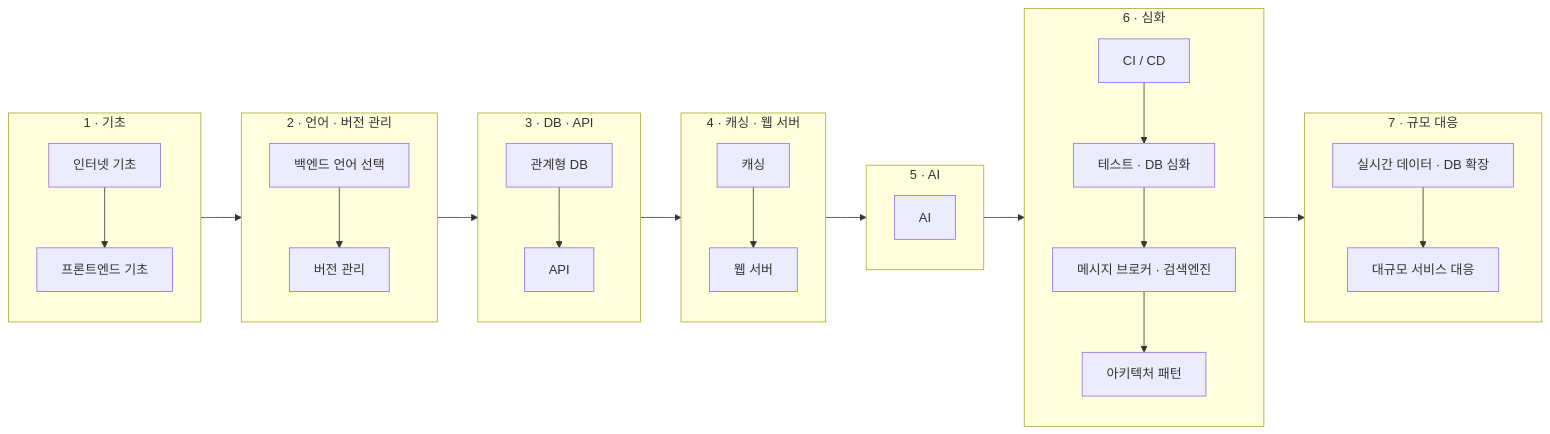
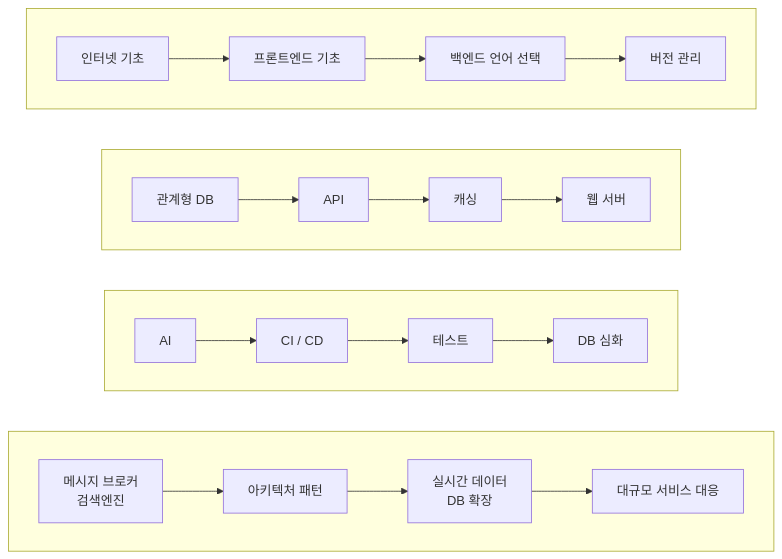
One commit to dmstjd1024/dmstjd1024.github.io changed the first of 9 diagrams in _pages/Develop/backend-roadmap-2026.md. Above: the diagram before and after it, drawn with Mermaid.

Commit message:
docs: 전체 흐름을 4줄로 접어 배치
한 줄 가로 배치는 16개 노드가 2543px 로 늘어나 792px 폭에 맞춰
축소되면서 글자가 작아졌다. 4개씩 4줄로 접어 원래 크기로 읽히게 했다.

subgraph 4개를 만들고 보이지 않는 링크(~~~)로 세로로 쌓았다.
subgraph 사이에 실제 화살표를 연결하면 dagre 가 내부 direction 을
무시하고 전부 세로로 펴버려서, 이 방법이어야 가로줄이 유지된다.

ㄹ 자로 접으려 2·4행을 direction RL 로 뒤집어봤으나, 화살표와 읽는
순서까지 역방향이 되어(웹 서버 → 관계형 DB) 오히려 읽기 나빠서 되돌렸다.
네 줄 모두 왼쪽에서 오른쪽으로 읽는다.

````diff
--- a/_pages/Develop/backend-roadmap-2026.md
+++ b/_pages/Develop/backend-roadmap-2026.md
@@ -32,42 +32,26 @@
 ```mermaid
-flowchart LR
-    subgraph S1["1 · 기초"]
-        direction TB
-        A[인터넷 기초] --> B[프론트엔드 기초]
+flowchart TD
+    subgraph ROW1[" "]
+        direction LR
+        A[인터넷 기초] --> B[프론트엔드 기초] --> C[백엔드 언어 선택] --> D[버전 관리]
     end
 
-    subgraph S2["2 · 언어 · 버전 관리"]
-        direction TB
-        C[백엔드 언어 선택] --> D[버전 관리]
+    subgraph ROW2[" "]
+        direction LR
+        E[관계형 DB] --> F[API] --> G[캐싱] --> H[웹 서버]
     end
 
-    subgraph S3["3 · DB · API"]
-        direction TB
-        E[관계형 DB] --> F[API]
+    subgraph ROW3[" "]
+        direction LR
+        I[AI] --> J[CI / CD] --> K[테스트] --> L[DB 심화]
     end
 
-    subgraph S4["4 · 캐싱 · 웹 서버"]
-        direction TB
-        G[캐싱] --> H[웹 서버]
+    subgraph ROW4[" "]
+        direction LR
+        M[메시지 브로커<br/>검색엔진] --> N[아키텍처 패턴] --> O[실시간 데이터<br/>DB 확장] --> P[대규모 서비스 대응]
     end
 
-    subgraph S5["5 · AI"]
-        direction TB
-        I[AI]
-    end
-
-    subgraph S6["6 · 심화"]
-        direction TB
-        J[CI / CD] --> K[테스트 · DB 심화]
-        K --> L[메시지 브로커 · 검색엔진]
-        L --> M[아키텍처 패턴]
-    end
-
-    subgraph S7["7 · 규모 대응"]
-        direction TB
-        N[실시간 데이터 · DB 확장] --> O[대규모 서비스 대응]
-    end
-
-    S1 --> S2 --> S3 --> S4
-    S4 --> S5 --> S6 --> S7
+    ROW1 ~~~ ROW2
+    ROW2 ~~~ ROW3
+    ROW3 ~~~ ROW4
 ```
````
